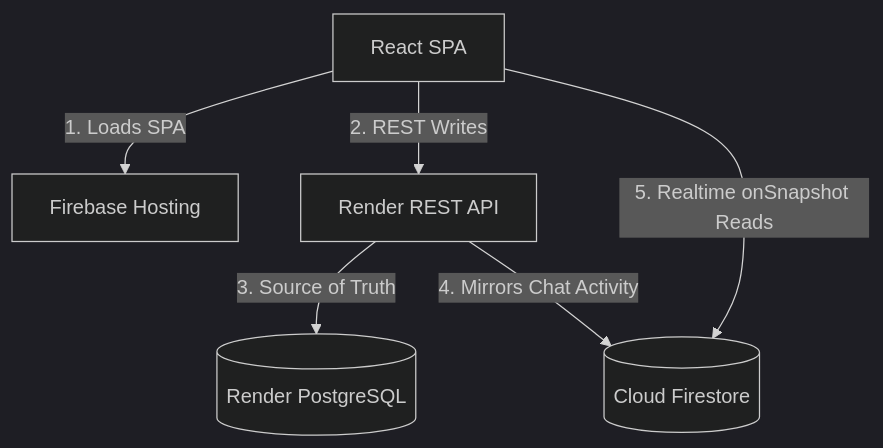
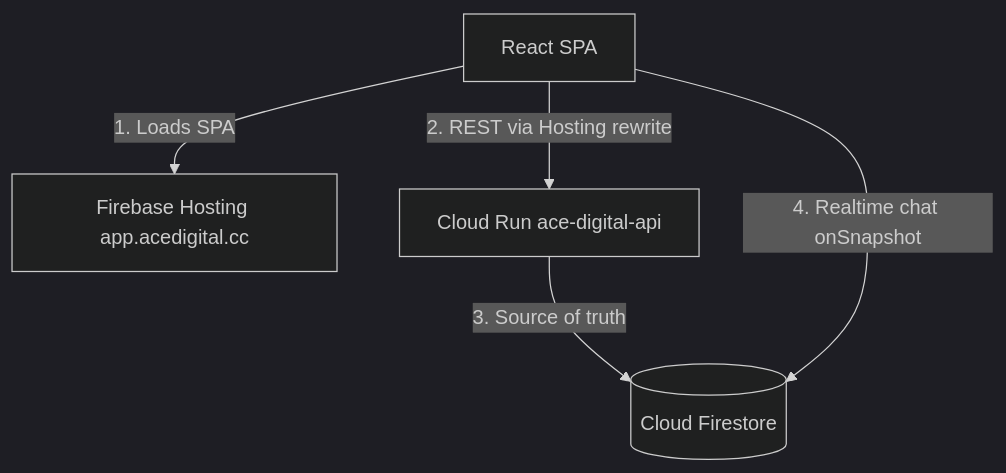
The second of 2 diagrams in README.md (Ace-Groups/Ace-Digital), drawn with Mermaid (dark theme) before and after one commit. The commit also changed other lines of this file and 88 other files, not shown here.

First line of the commit message:
Unblock the portal on ace-digital-int-12345 (#1)

````diff
--- a/README.md
+++ b/README.md
@@ -23,14 +23,12 @@
 ```mermaid
 flowchart TD
   Browser[React SPA]
-  Hosting[Firebase Hosting]
-  API[Render REST API]
-  PG[(Render PostgreSQL)]
+  Hosting[Firebase Hosting app.acedigital.cc]
+  API[Cloud Run ace-digital-api]
   Firestore[(Cloud Firestore)]
 
   Browser -->|1. Loads SPA| Hosting
-  Browser -->|2. REST Writes| API
-  API -->|3. Source of Truth| PG
-  API -->|4. Mirrors Chat Activity| Firestore
-  Browser -->|5. Realtime onSnapshot Reads| Firestore
+  Browser -->|2. REST via Hosting rewrite| API
+  API -->|3. Source of truth| Firestore
+  Browser -->|4. Realtime chat onSnapshot| Firestore
 ```
````
